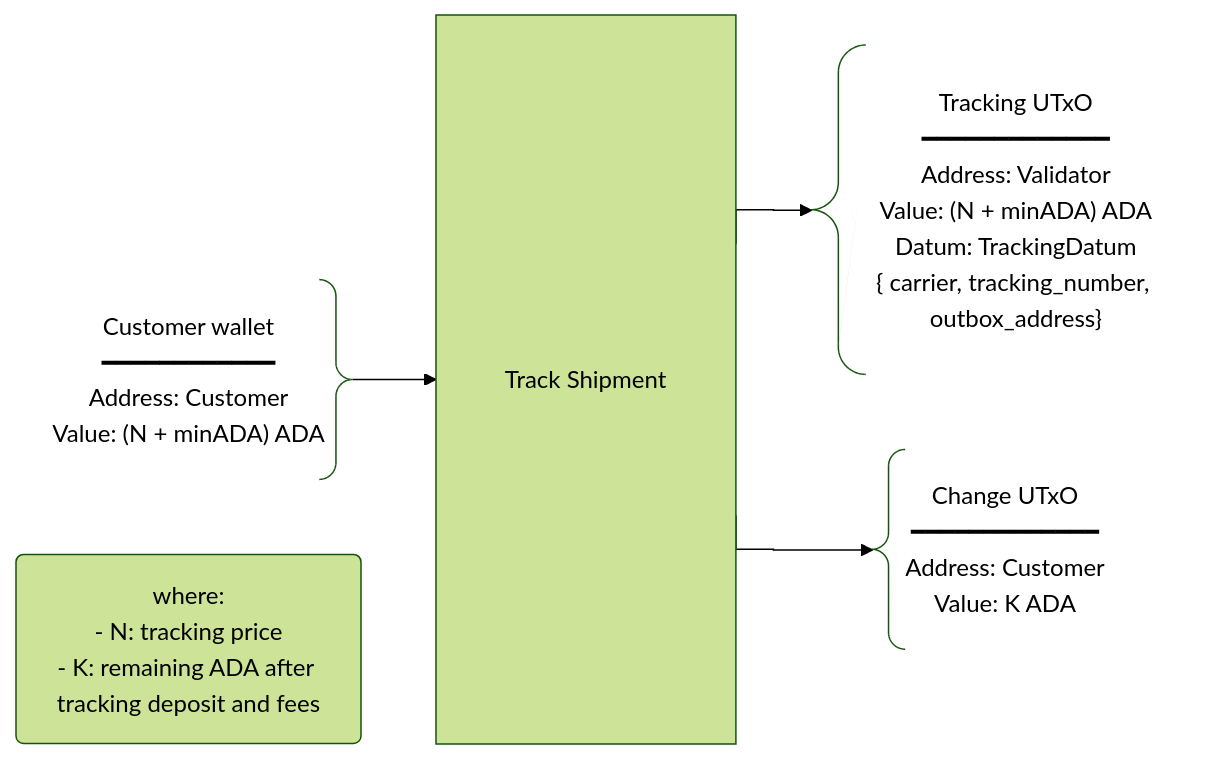
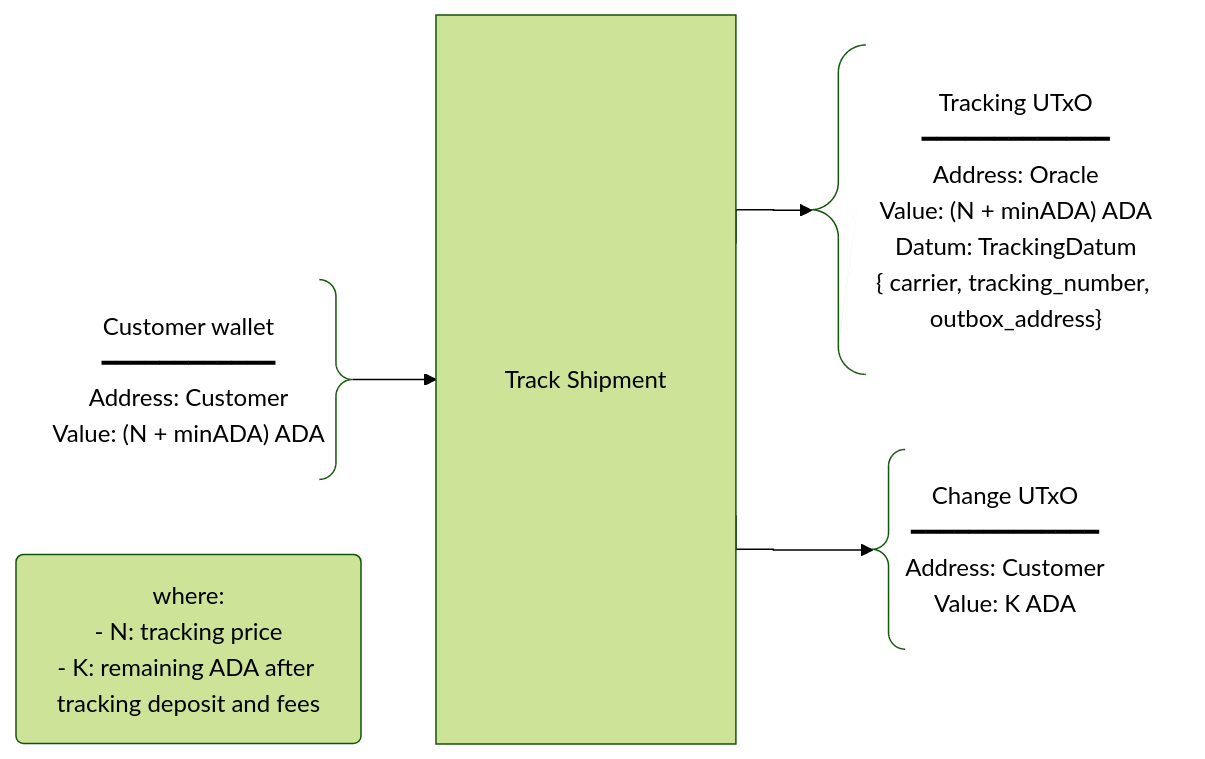
The first of 2 diagrams in README.md (tx3-lang/shipping-oracle), drawn with Mermaid (forest theme) before and after one commit. The commit also changed other lines of this file and 11 other files, not shown here.

````diff
--- a/README.md
+++ b/README.md
@@ -112,21 +112,21 @@
 ```mermaid
 ---
 config:
   flowchart:
     curve: stepBefore
 ---
 flowchart LR
   I1@{ shape: brace-r, label: "Customer wallet<br/>━━━━━━━━━━━━<br/>Address: Customer<br/>Value: (N + minADA) ADA" }
 
   TX@{ label: "<br/><br/><br/><br/><br/><br/><br/><br/><br/>&nbsp;&nbsp;&nbsp;&nbsp;Track Shipment&nbsp;&nbsp;&nbsp;&nbsp;<br/><br/><br/><br/><br/><br/><br/><br/><br/><br/>"}
 
-  O1@{ shape: brace-l, label: "Tracking UTxO<br/>━━━━━━━━━━━━━<br/>Address: Validator<br/>Value: (N + minADA) ADA<br/>Datum: TrackingDatum<br/>{ carrier, tracking_number, outbox_address}"}
+  O1@{ shape: brace-l, label: "Tracking UTxO<br/>━━━━━━━━━━━━━<br/>Address: Oracle<br/>Value: (N + minADA) ADA<br/>Datum: TrackingDatum<br/>{ carrier, tracking_number, outbox_address}"}
 
   O2@{ shape: brace-l, label: "Change UTxO<br/>━━━━━━━━━━━━━<br/>Address: Customer<br/>Value: K ADA"}
 
   I1 --> TX
   TX --> O1
   TX --> O2
 
   Note@{ shape: rounded, label: "where:<br/>- N: tracking price<br/>- K: remaining ADA after tracking deposit and fees" }
 ```
````
